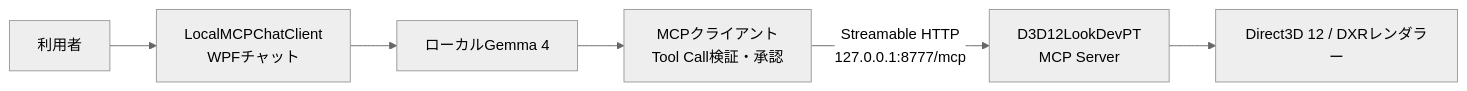
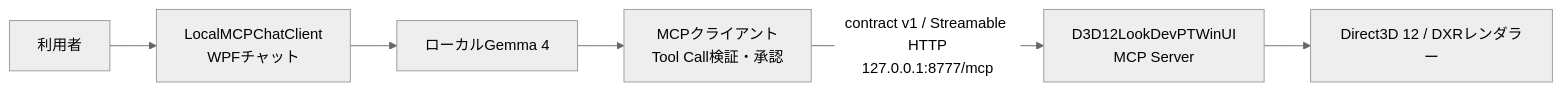
The diagram in docs/d3d12lookdevpt-integration.md (shaderjp/LocalMCPChatClient), drawn with Mermaid (neutral theme) before and after one commit. The commit also changed other lines of this file and 35 other files, not shown here.

Commit message:
Add multimodal LookDev MCP workflows

````diff
--- a/docs/d3d12lookdevpt-integration.md
+++ b/docs/d3d12lookdevpt-integration.md
@@ -7,8 +9,8 @@
 ```mermaid
 flowchart LR
     User["利用者"] --> Chat["LocalMCPChatClient\nWPFチャット"]
     Chat --> Gemma["ローカルGemma 4"]
     Gemma --> Client["MCPクライアント\nTool Call検証・承認"]
-    Client -->|"Streamable HTTP\n127.0.0.1:8777/mcp"| Server["D3D12LookDevPT\nMCP Server"]
+    Client -->|"contract v1 / Streamable HTTP\n127.0.0.1:8777/mcp"| Server["D3D12LookDevPTWinUI\nMCP Server"]
     Server --> Renderer["Direct3D 12 / DXRレンダラー"]
 ```
````
